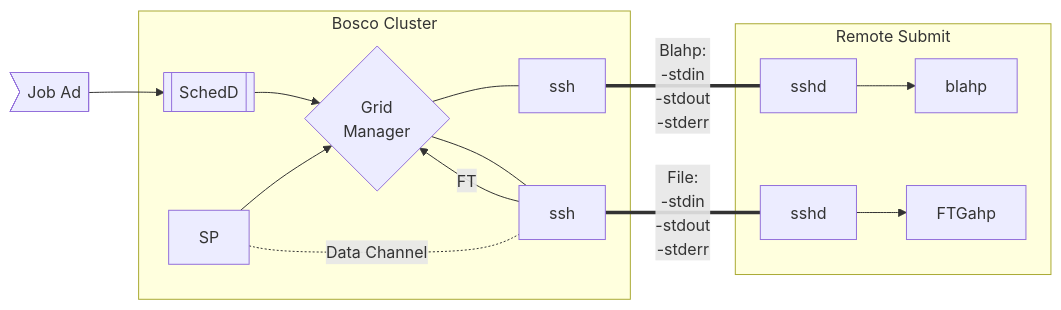
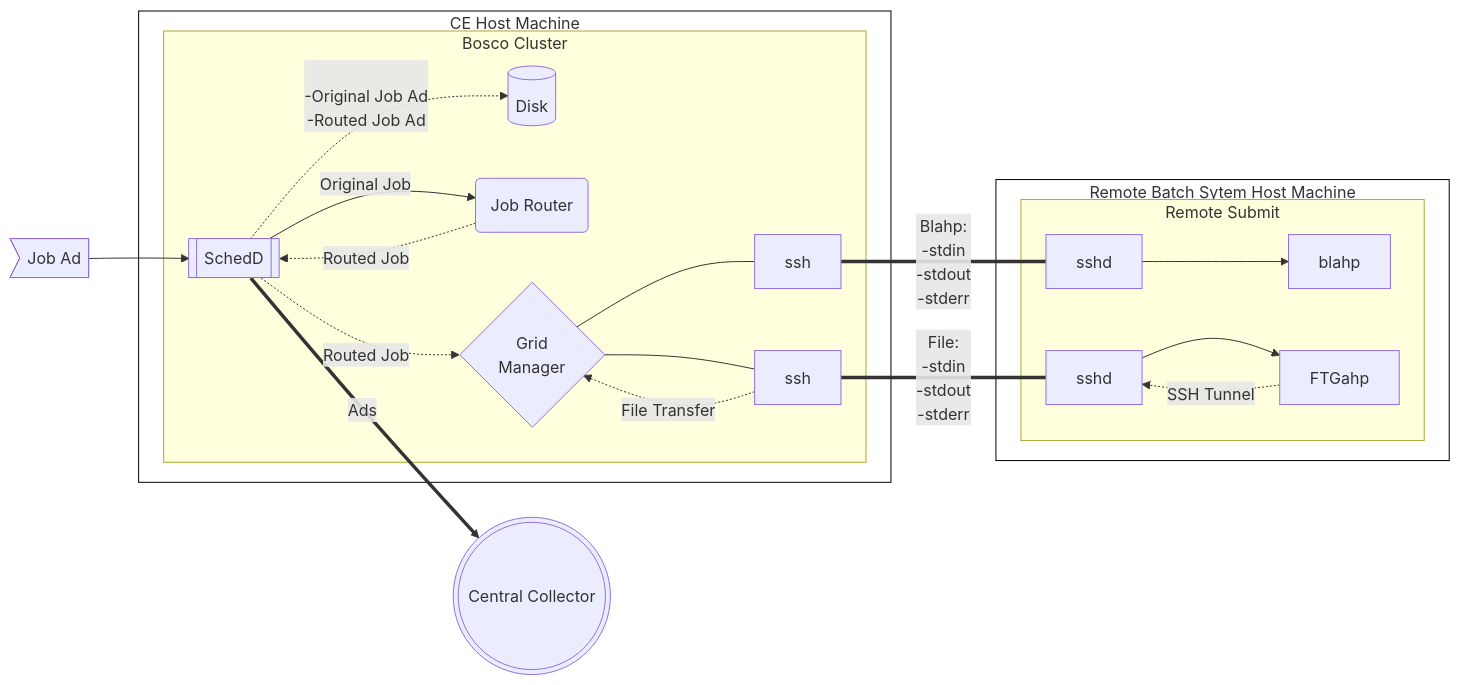
Before and after one commit to htcondor/htcondor-ce: the second of 2 diagrams in README.md, drawn with Mermaid. The commit also changed other lines of this file, not shown here.

Commit message:
INF-1118: Minor diagram tweaks and README text blobs

````diff
--- a/README.md
+++ b/README.md
@@ -99,38 +116,45 @@
 ```mermaid
 flowchart LR
 
 %% ID FORMAT:
 %% - External nodes are numbered (0 - 100)
 %% - Internal nodes are alphabetic (A - Z)
 %% - Nodes within nested subgraphs are
 %%   are labelled by double letters (AA - ZZ)
 %% - All subgraph names are capitalized (Blahp)
 %%   while nodes with the same name are lowercase (blahp)
-
-subgraph Bosco Cluster
-  %%direction LR %% Flowchart direciton statement overrides statements in connected subgraphs; comment these out
-  A[[SchedD]] --> B{Grid</br>Manager}
-  C[SP] --> B
-  B --- D[ssh]
-  B --- E[ssh]
-  E --> |FT|B
-  C -. Data Channel .- E
+subgraph HM1[CE Host Machine]
+    subgraph Bosco Cluster
+        %%direction LR %% Flowchart direciton statement overrides statements in connected subgraphs; comment these out
+        A[[SchedD]] -- Original Job --> Z(Job Router)
+        Z -. Routed Job .-> A
+        A -. Routed Job .-> B{Grid</br>Manager}
+        B --- D[ssh]
+        B --- E[ssh]
+        E -.-> |File Transfer|B
+        %% Note: Used 1 to place Disk higher in ordering
+        A -. </br>-Original Job Ad</br>-Routed Job Ad .-> 1[(Disk)]
+    end
 end
-
-subgraph Remote Submit
-  %%direction LR
-  F[sshd] --> G[blahp]
-  %% FTGahp capitalized to be legible
-  H[sshd] --> I[FTGahp]
+subgraph HM2[Remote Batch Sytem Host Machine]
+    subgraph Remote Submit
+        %%direction LR
+        F[sshd] --> G[blahp]
+        %% FTGahp capitalized to be legible
+        H[sshd] --> I[FTGahp]
+        I -. SSH Tunnel .-> H
+    end
 end
-
 %% -- External Nodes --
 0>Job Ad]
 %% -- External Nodes --
-
 %% -- Subgraph Links --
 D ===|Blahp:</br>-stdin</br>-stdout</br>-stderr| F
 E ===|File:</br>-stdin</br>-stdout</br>-stderr| H
 0 --> A
+A == Ads ==> ZZ(((Central Collector)))
+%% Stylize host machine boxes
+style HM1 fill:#FFF,stroke:#000
+style HM2 fill:#FFF,stroke:#000
 %% -- Subgraph Links --
 ```
````
